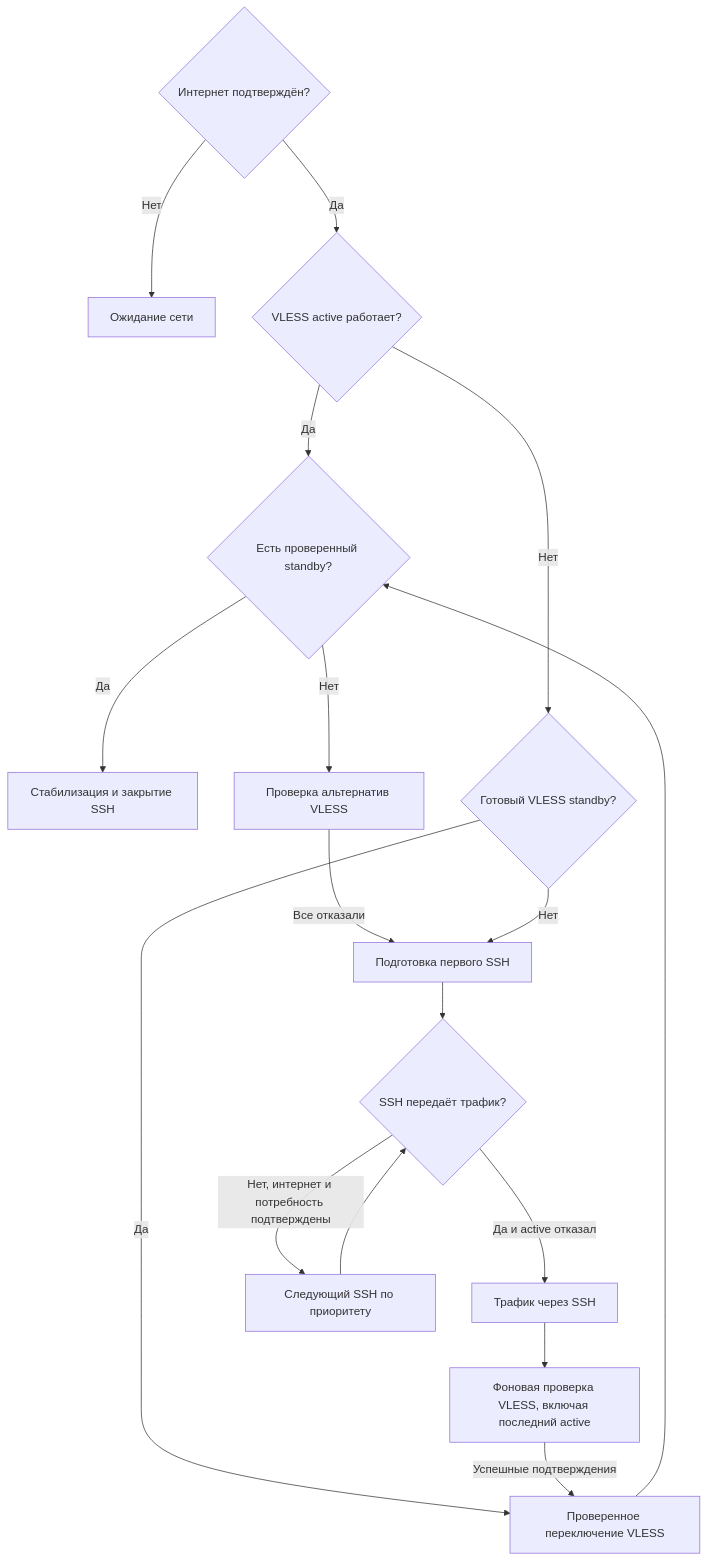
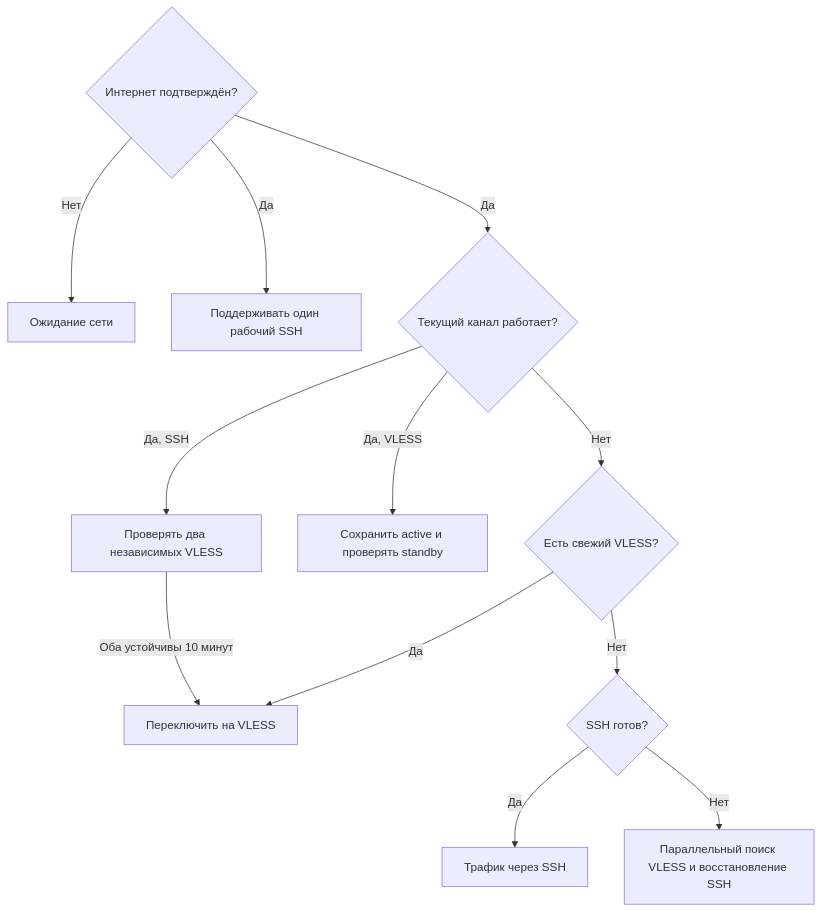
Before and after one commit to AlarisGit/xproxy: the diagram in docs/architecture.md, drawn with Mermaid. The commit also changed other lines of this file and 17 other files, not shown here.

First line of the commit message:
Keep SSH warm and require stable VLESS pair for recovery

````diff
--- a/docs/architecture.md
+++ b/docs/architecture.md
@@ -7,19 +7,14 @@
 ```mermaid
 flowchart TD
     N{Интернет подтверждён?} -->|Нет| W[Ожидание сети]
-    N -->|Да| V{VLESS active работает?}
-    V -->|Да| S{Есть проверенный standby?}
-    S -->|Да| H[Стабилизация и закрытие SSH]
-    S -->|Нет| P[Проверка альтернатив VLESS]
-    P -->|Все отказали| T[Подготовка первого SSH]
-    V -->|Нет| R{Готовый VLESS standby?}
-    R -->|Да| A[Проверенное переключение VLESS]
-    R -->|Нет| T
-    T --> E{SSH передаёт трафик?}
-    E -->|Да и active отказал| F[Трафик через SSH]
-    E -->|Нет, интернет и потребность подтверждены| B[Следующий SSH по приоритету]
-    B --> E
-    F --> C[Фоновая проверка VLESS, включая последний active]
-    C -->|Успешные подтверждения| A
-    A --> S
+    N -->|Да| T[Поддерживать один рабочий SSH]
+    N -->|Да| V{Текущий канал работает?}
+    V -->|Нет| R{Есть свежий VLESS?}
+    R -->|Да| A[Переключить на VLESS]
+    R -->|Нет| S{SSH готов?}
+    S -->|Да| F[Трафик через SSH]
+    S -->|Нет| P[Параллельный поиск VLESS и восстановление SSH]
+    V -->|Да, VLESS| H[Сохранить active и проверять standby]
+    V -->|Да, SSH| C[Проверять два независимых VLESS]
+    C -->|Оба устойчивы 10 минут| A
 ```
````
